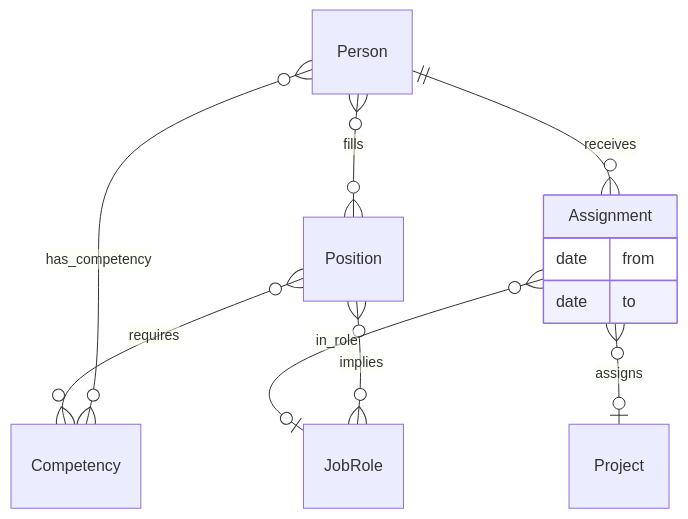
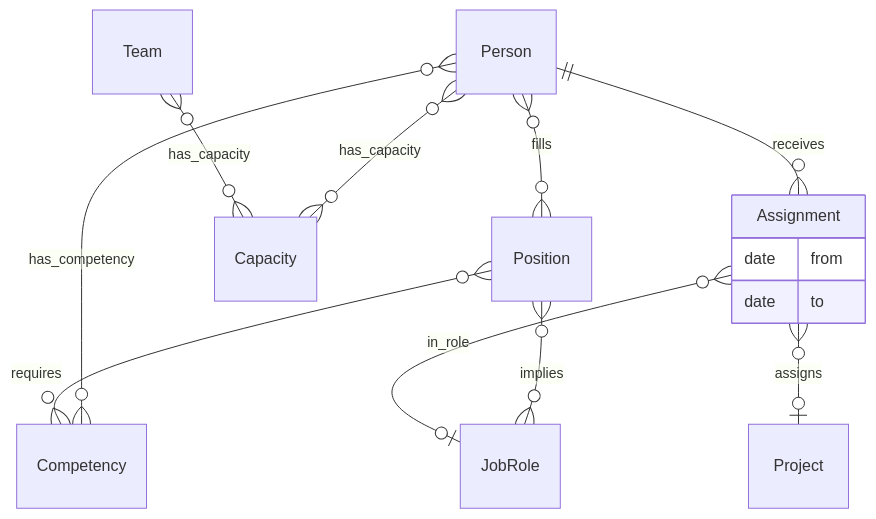
One commit to maxvydrin/vision changed the second of 12 diagrams in SOFTWARE_ORGANIZATION_DOMAIN_MODEL.md. Above: the diagram before and after it, drawn with Mermaid. The commit also changed other lines of this file and 4 other files, not shown here.

````diff
--- a/SOFTWARE_ORGANIZATION_DOMAIN_MODEL.md
+++ b/SOFTWARE_ORGANIZATION_DOMAIN_MODEL.md
@@ -120,14 +124,16 @@
 ```mermaid
 erDiagram
     Person }o--o{ Position : "fills"
     Position }o--o{ JobRole : "implies"
     Person }o--o{ Competency : "has_competency"
+    Person }o--o{ Capacity : "has_capacity"
+    Team }o--o{ Capacity : "has_capacity"
     Position }o--o{ Competency : "requires"
     Person ||--o{ Assignment : "receives"
     Assignment }o--o| Project : "assigns"
     Assignment }o--o| JobRole : "in_role"
     Assignment {
         date from
         date to
     }
 ```
````
